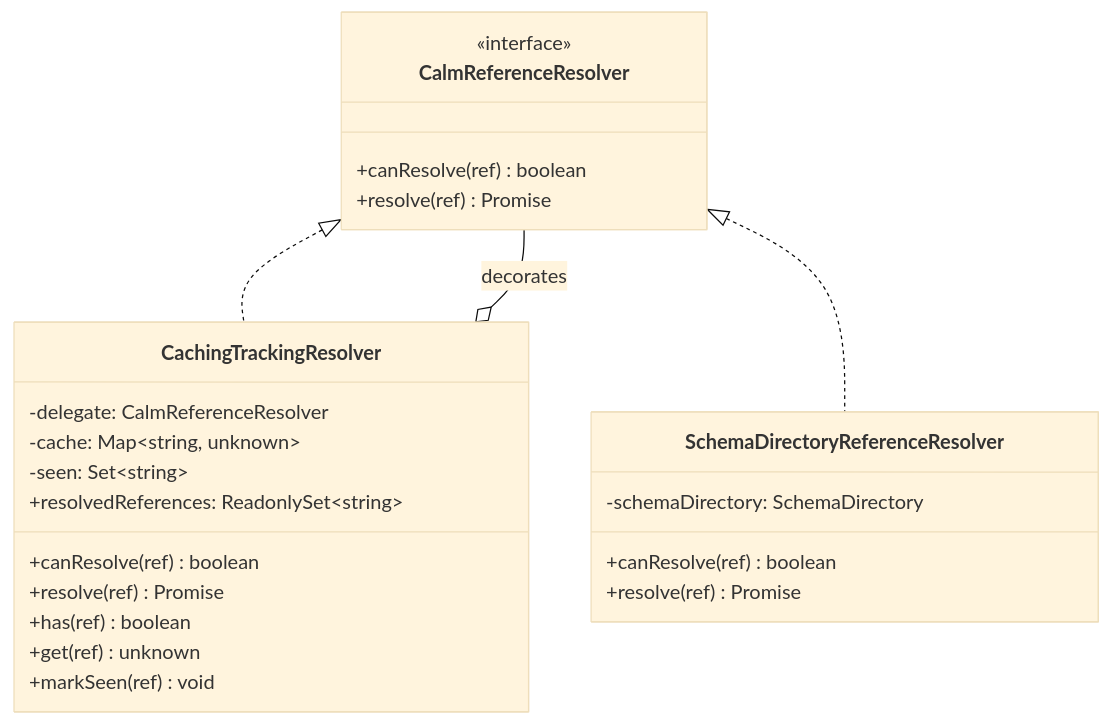
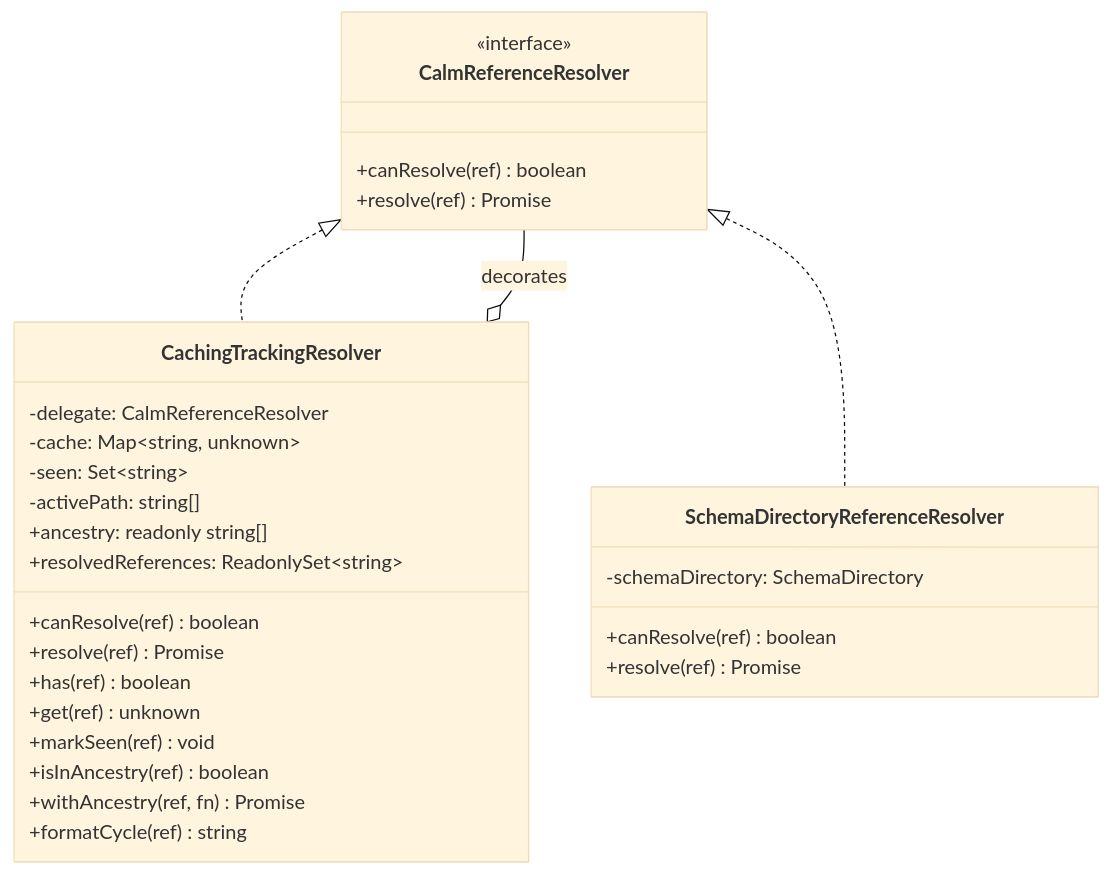
One commit to finos/architecture-as-code changed the fourth of 5 diagrams in shared/src/commands/validate/ValidationTechnicalSpecification.md. Above: the diagram before and after it, drawn with Mermaid (base theme). The commit also changed other lines of this file and 5 other files, not shown here.

Commit message:
feat(shared): detect and report cyclic detailed-architecture references

````diff
--- a/shared/src/commands/validate/ValidationTechnicalSpecification.md
+++ b/shared/src/commands/validate/ValidationTechnicalSpecification.md
@@ -191,27 +192,32 @@
 ```mermaid
 classDiagram
     class CalmReferenceResolver {
         <<interface>>
         +canResolve(ref) boolean
         +resolve(ref) Promise
     }
     class CachingTrackingResolver {
         -delegate: CalmReferenceResolver
         -cache: Map~string, unknown~
         -seen: Set~string~
+        -activePath: string[]
         +canResolve(ref) boolean
         +resolve(ref) Promise
         +has(ref) boolean
         +get(ref) unknown
         +markSeen(ref) void
+        +isInAncestry(ref) boolean
+        +withAncestry(ref, fn) Promise
+        +formatCycle(ref) string
+        +ancestry: readonly string[]
         +resolvedReferences: ReadonlySet~string~
     }
     class SchemaDirectoryReferenceResolver {
         -schemaDirectory: SchemaDirectory
         +canResolve(ref) boolean
         +resolve(ref) Promise
     }
     CalmReferenceResolver <|.. CachingTrackingResolver
     CalmReferenceResolver <|.. SchemaDirectoryReferenceResolver
     CachingTrackingResolver o-- CalmReferenceResolver : decorates
 ```
````
